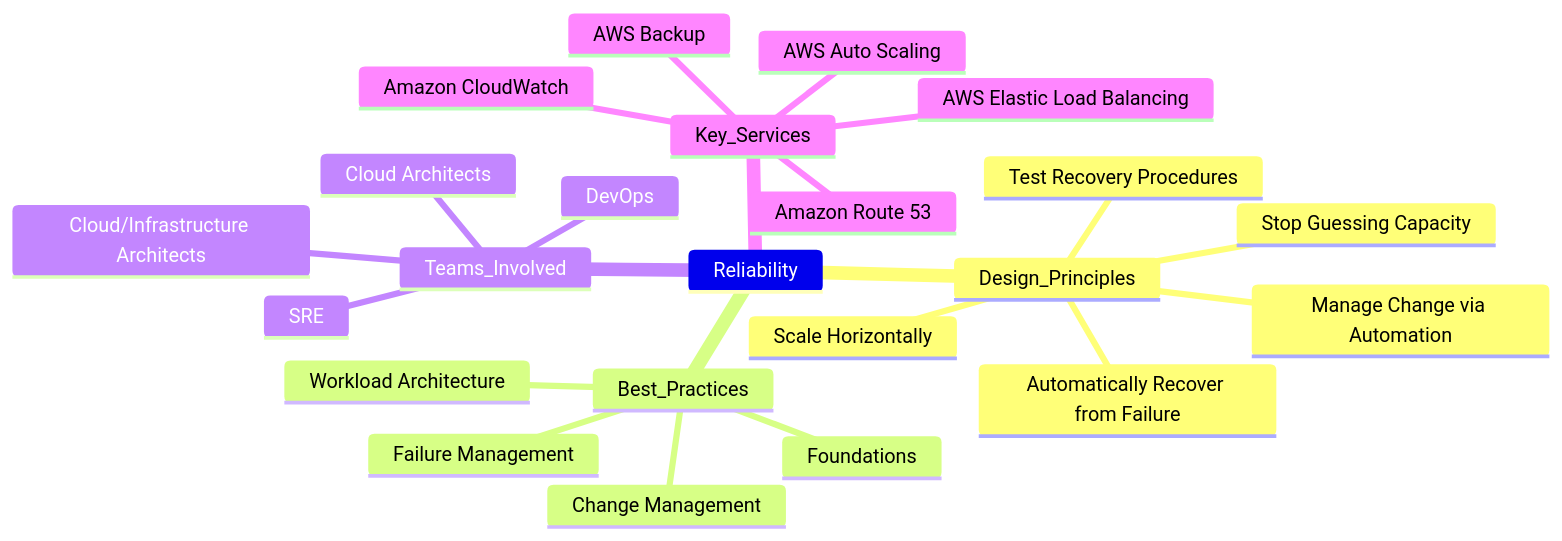
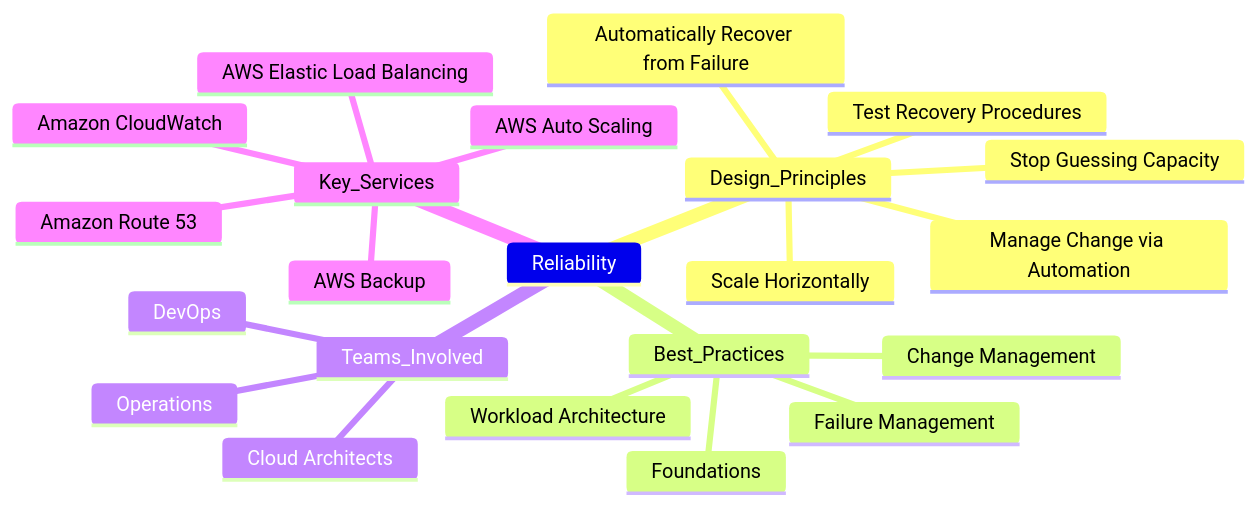
Before and after one commit to alazaroc/blog-web-code: the third of 6 diagrams in _posts/en/2024-10-12-the-six-pillars-of-aws-well-architected-framework-best-practices-for-cloud-success.md, drawn with Mermaid. The commit also changed other lines of this file and 17 other files, not shown here.

Commit message:
feat: AWS Well-Architected Framework series - new 5 spanish articles and updated all the english ones

````diff
--- a/_posts/en/2024-10-12-the-six-pillars-of-aws-well-architected-framework-best-practices-for-cloud-success.md
+++ b/_posts/en/2024-10-12-the-six-pillars-of-aws-well-architected-framework-best-practices-for-cloud-success.md
@@ -254,26 +247,25 @@
 ```mermaid
 mindmap
   Reliability
     Design_Principles
       Automatically Recover from Failure
       Test Recovery Procedures
       Scale Horizontally
       Stop Guessing Capacity
       Manage Change via Automation
     Best_Practices
       Foundations
       Workload Architecture
       Change Management
       Failure Management
     Teams_Involved
       DevOps
-      SRE
-      Cloud/Infrastructure Architects
       Cloud Architects
+      Operations
     Key_Services
       Amazon CloudWatch
       AWS Auto Scaling
       Amazon Route 53
       AWS Elastic Load Balancing
       AWS Backup
 ```
````
